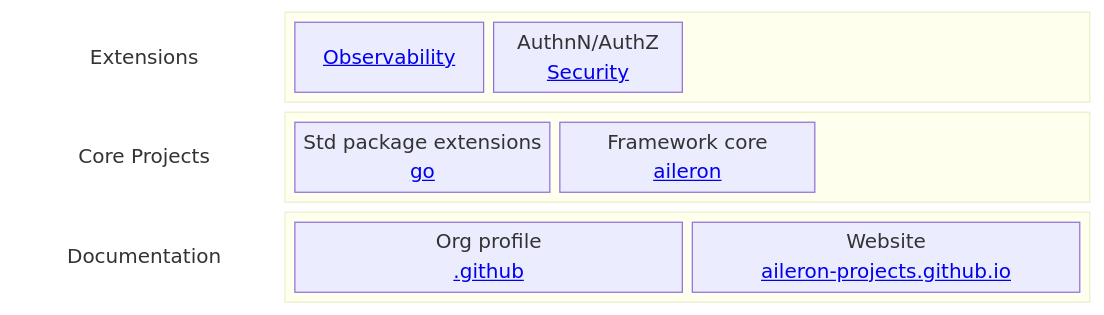
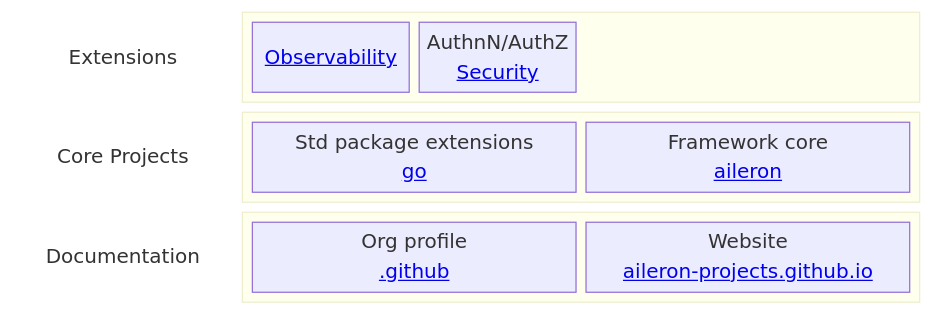
One commit to aileron-projects/.github changed the diagram in profile/README.md. Above: the diagram before and after it, drawn with Mermaid.

````diff
--- a/profile/README.md
+++ b/profile/README.md
@@ -22,28 +22,27 @@
 ```mermaid
 block-beta
   columns 4
 
   Extensions["Extensions"]
   block:lib:3
     observability["<a href="https://github.com/aileron-projects/aileron-observability">Observability</a>"]
     security["AuthnN/AuthZ</br><a href="https://github.com/aileron-projects/aileron-security">Security</a>"]
     space:2
   end
 
   Cores["Core Projects"]
   block:core:3
     go["Std package extensions</br><a href="https://github.com/aileron-projects/go">go</a>"]
     aileron["Framework core</br><a href="https://github.com/aileron-projects/aileron">aileron</a>"]
-    space
   end
 
   Documentation
   block:docs:3
     github["Org profile</br><a href="https://github.com/aileron-projects/.github">.github</a>"]
     githubio["Website</br><a href="https://github.com/aileron-projects/aileron-projects.github.io">aileron-projects.github.io</a>"]
   end
 
 style Documentation fill:transparent,stroke:none
 style Cores fill:transparent,stroke:none
 style Extensions fill:transparent,stroke:none
 ```
````
